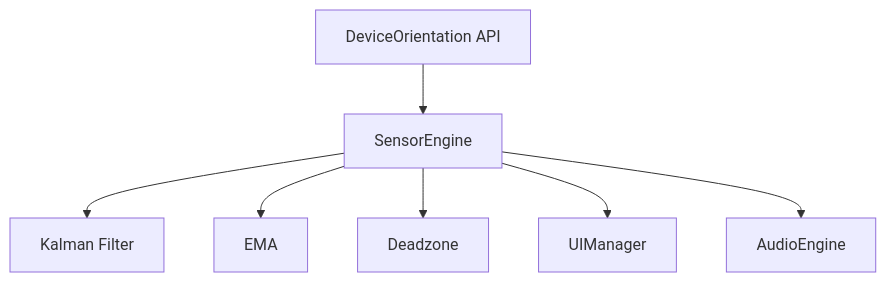
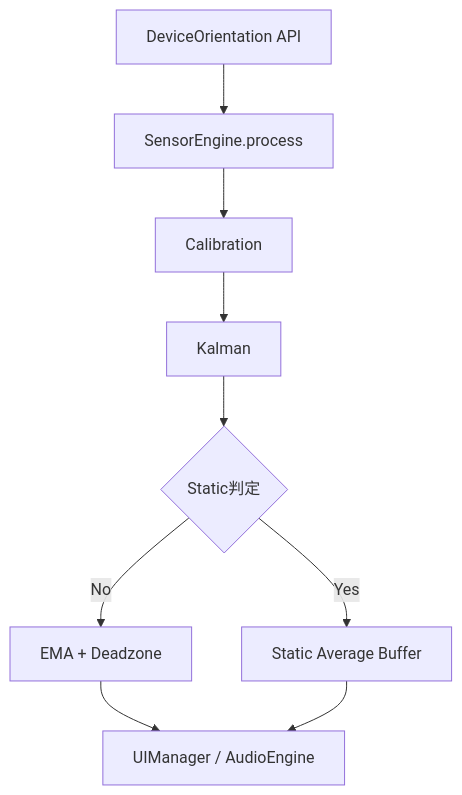
Before and after one commit to Ibar-Aki/high-precision-sensor: the diagram in docs/06_DevGuide.md, drawn with Mermaid. The commit also changed other lines of this file and 16 other files, not shown here.

````diff
--- a/docs/06_DevGuide.md
+++ b/docs/06_DevGuide.md
@@ -21,9 +23,11 @@
 ```mermaid
 graph TD
-  A[DeviceOrientation API] --> B[SensorEngine]
-  B --> C[Kalman Filter]
-  B --> D[EMA]
-  B --> E[Deadzone]
-  B --> F[UIManager]
-  B --> G[AudioEngine]
+  A[DeviceOrientation API] --> B[SensorEngine.process]
+  B --> C[Calibration]
+  C --> D[Kalman]
+  D --> E{Static判定}
+  E -->|No| F[EMA + Deadzone]
+  E -->|Yes| G[Static Average Buffer]
+  F --> H[UIManager / AudioEngine]
+  G --> H
 ```
````
